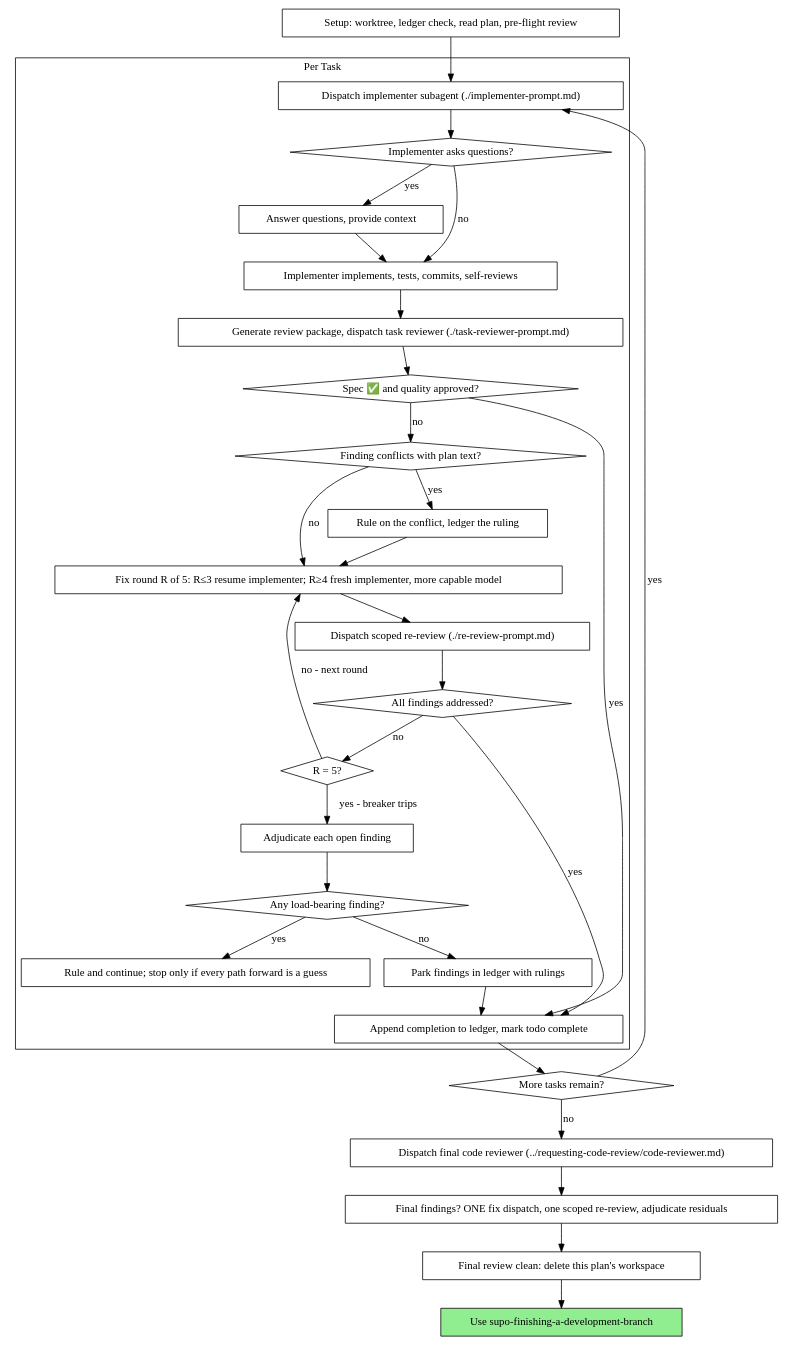
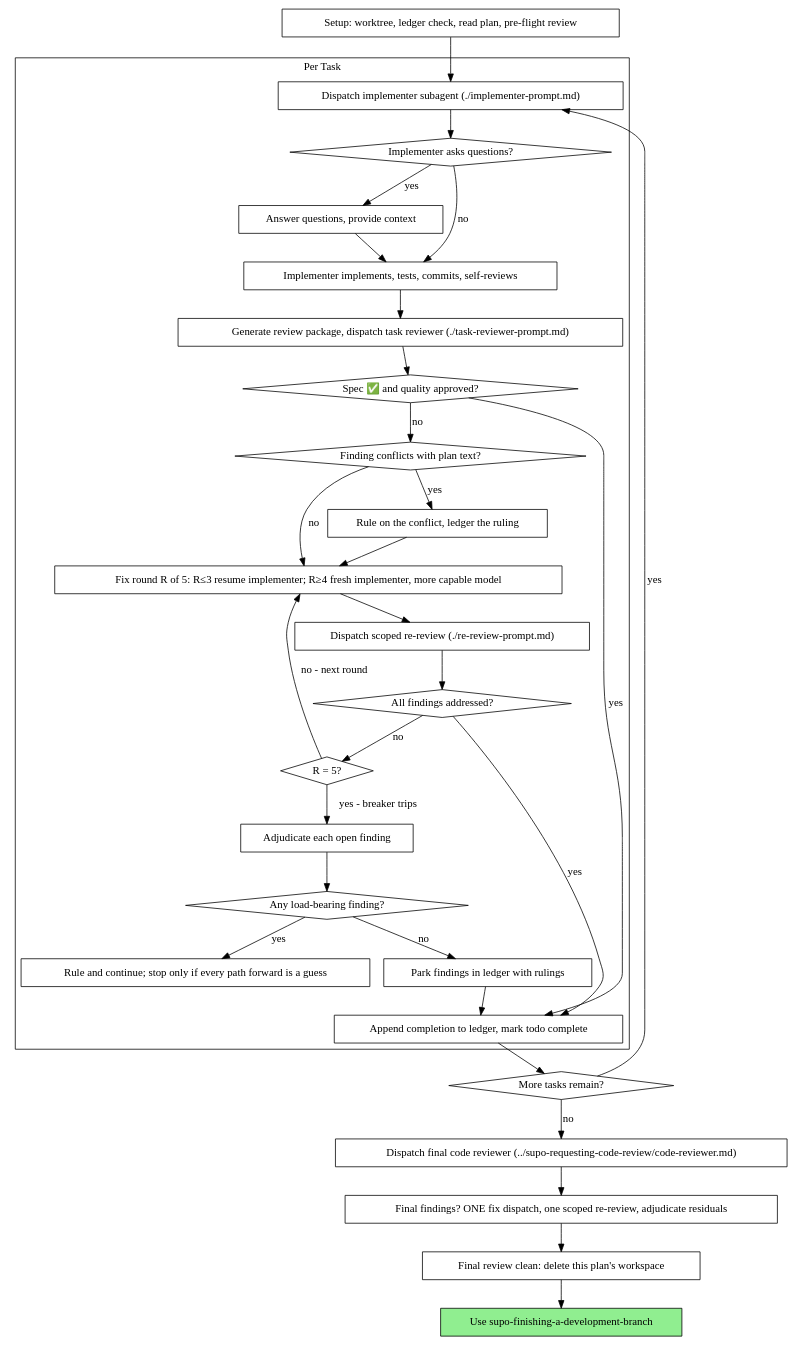
One commit to yandy/pi-packages changed the second of 2 diagrams in pi-superpowers/skills/supo-subagent-driven-development/SKILL.md. Above: the diagram before and after it, drawn with Graphviz. The commit also changed other lines of this file and 15 other files, not shown here.

````diff
--- a/pi-superpowers/skills/supo-subagent-driven-development/SKILL.md
+++ b/pi-superpowers/skills/supo-subagent-driven-development/SKILL.md
@@ -61,62 +61,62 @@
 ```dot
 digraph process {
     rankdir=TB;
 
     subgraph cluster_per_task {
         label="Per Task";
         "Dispatch implementer subagent (./implementer-prompt.md)" [shape=box];
         "Implementer asks questions?" [shape=diamond];
         "Answer questions, provide context" [shape=box];
         "Implementer implements, tests, commits, self-reviews" [shape=box];
         "Generate review package, dispatch task reviewer (./task-reviewer-prompt.md)" [shape=box];
         "Spec ✅ and quality approved?" [shape=diamond];
         "Finding conflicts with plan text?" [shape=diamond];
         "Rule on the conflict, ledger the ruling" [shape=box];
         "Fix round R of 5: R≤3 resume implementer; R≥4 fresh implementer, more capable model" [shape=box];
         "Dispatch scoped re-review (./re-review-prompt.md)" [shape=box];
         "All findings addressed?" [shape=diamond];
         "R = 5?" [shape=diamond];
         "Adjudicate each open finding" [shape=box];
         "Any load-bearing finding?" [shape=diamond];
         "Rule and continue; stop only if every path forward is a guess" [shape=box];
         "Park findings in ledger with rulings" [shape=box];
         "Append completion to ledger, mark todo complete" [shape=box];
     }
 
     "Setup: worktree, ledger check, read plan, pre-flight review" [shape=box];
     "More tasks remain?" [shape=diamond];
-    "Dispatch final code reviewer (../requesting-code-review/code-reviewer.md)" [shape=box];
+    "Dispatch final code reviewer (../supo-requesting-code-review/code-reviewer.md)" [shape=box];
     "Final findings? ONE fix dispatch, one scoped re-review, adjudicate residuals" [shape=box];
     "Final review clean: delete this plan's workspace" [shape=box];
     "Use supo-finishing-a-development-branch" [shape=box style=filled fillcolor=lightgreen];
 
     "Setup: worktree, ledger check, read plan, pre-flight review" -> "Dispatch implementer subagent (./implementer-prompt.md)";
     "Dispatch implementer subagent (./implementer-prompt.md)" -> "Implementer asks questions?";
     "Implementer asks questions?" -> "Answer questions, provide context" [label="yes"];
     "Answer questions, provide context" -> "Implementer implements, tests, commits, self-reviews";
     "Implementer asks questions?" -> "Implementer implements, tests, commits, self-reviews" [label="no"];
     "Implementer implements, tests, commits, self-reviews" -> "Generate review package, dispatch task reviewer (./task-reviewer-prompt.md)";
     "Generate review package, dispatch task reviewer (./task-reviewer-prompt.md)" -> "Spec ✅ and quality approved?";
     "Spec ✅ and quality approved?" -> "Append completion to ledger, mark todo complete" [label="yes"];
     "Spec ✅ and quality approved?" -> "Finding conflicts with plan text?" [label="no"];
     "Finding conflicts with plan text?" -> "Rule on the conflict, ledger the ruling" [label="yes"];
     "Rule on the conflict, ledger the ruling" -> "Fix round R of 5: R≤3 resume implementer; R≥4 fresh implementer, more capable model";
     "Finding conflicts with plan text?" -> "Fix round R of 5: R≤3 resume implementer; R≥4 fresh implementer, more capable model" [label="no"];
     "Fix round R of 5: R≤3 resume implementer; R≥4 fresh implementer, more capable model" -> "Dispatch scoped re-review (./re-review-prompt.md)";
     "Dispatch scoped re-review (./re-review-prompt.md)" -> "All findings addressed?";
     "All findings addressed?" -> "Append completion to ledger, mark todo complete" [label="yes"];
     "All findings addressed?" -> "R = 5?" [label="no"];
     "R = 5?" -> "Fix round R of 5: R≤3 resume implementer; R≥4 fresh implementer, more capable model" [label="no - next round"];
     "R = 5?" -> "Adjudicate each open finding" [label="yes - breaker trips"];
     "Adjudicate each open finding" -> "Any load-bearing finding?";
     "Any load-bearing finding?" -> "Rule and continue; stop only if every path forward is a guess" [label="yes"];
     "Any load-bearing finding?" -> "Park findings in ledger with rulings" [label="no"];
     "Park findings in ledger with rulings" -> "Append completion to ledger, mark todo complete";
     "Append completion to ledger, mark todo complete" -> "More tasks remain?";
     "More tasks remain?" -> "Dispatch implementer subagent (./implementer-prompt.md)" [label="yes"];
-    "More tasks remain?" -> "Dispatch final code reviewer (../requesting-code-review/code-reviewer.md)" [label="no"];
-    "Dispatch final code reviewer (../requesting-code-review/code-reviewer.md)" -> "Final findings? ONE fix dispatch, one scoped re-review, adjudicate residuals";
+    "More tasks remain?" -> "Dispatch final code reviewer (../supo-requesting-code-review/code-reviewer.md)" [label="no"];
+    "Dispatch final code reviewer (../supo-requesting-code-review/code-reviewer.md)" -> "Final findings? ONE fix dispatch, one scoped re-review, adjudicate residuals";
     "Final findings? ONE fix dispatch, one scoped re-review, adjudicate residuals" -> "Final review clean: delete this plan's workspace";
     "Final review clean: delete this plan's workspace" -> "Use supo-finishing-a-development-branch";
 }
 ```
````
